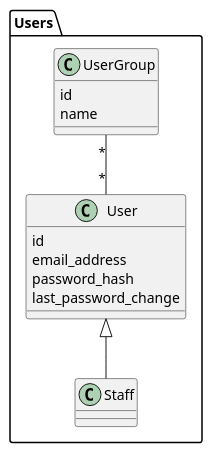
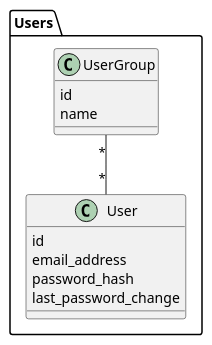
One commit to buffstop/PepCoopMembership changed the second of 12 diagrams in docs/design/index.rst. Above: the diagram before and after it, drawn with PlantUML. The commit also changed other lines of this file, not shown here.

```diff
--- a/docs/design/index.rst
+++ b/docs/design/index.rst
@@ -55,23 +78,21 @@
 .. uml::
    :caption: UML class diagram of the Users package.
 
    @startuml
    package Users {
 
        class UserGroup {
            id
            name
        }
 
        class User {
            id
            email_address
            password_hash
            last_password_change
        }
 
        UserGroup "*" -- "*" User
-       class Staff
-       User <|-- Staff
    }
    @enduml
```
